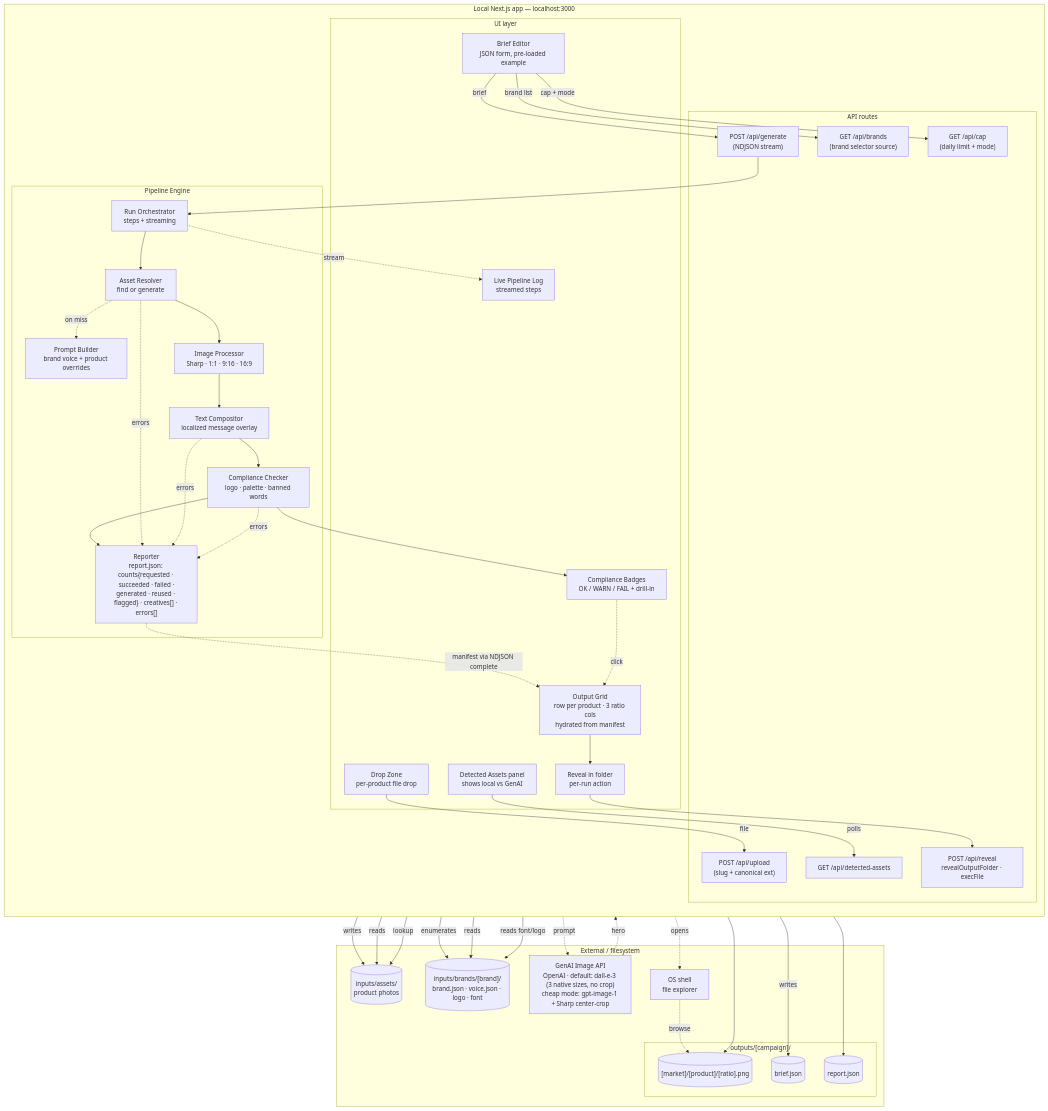
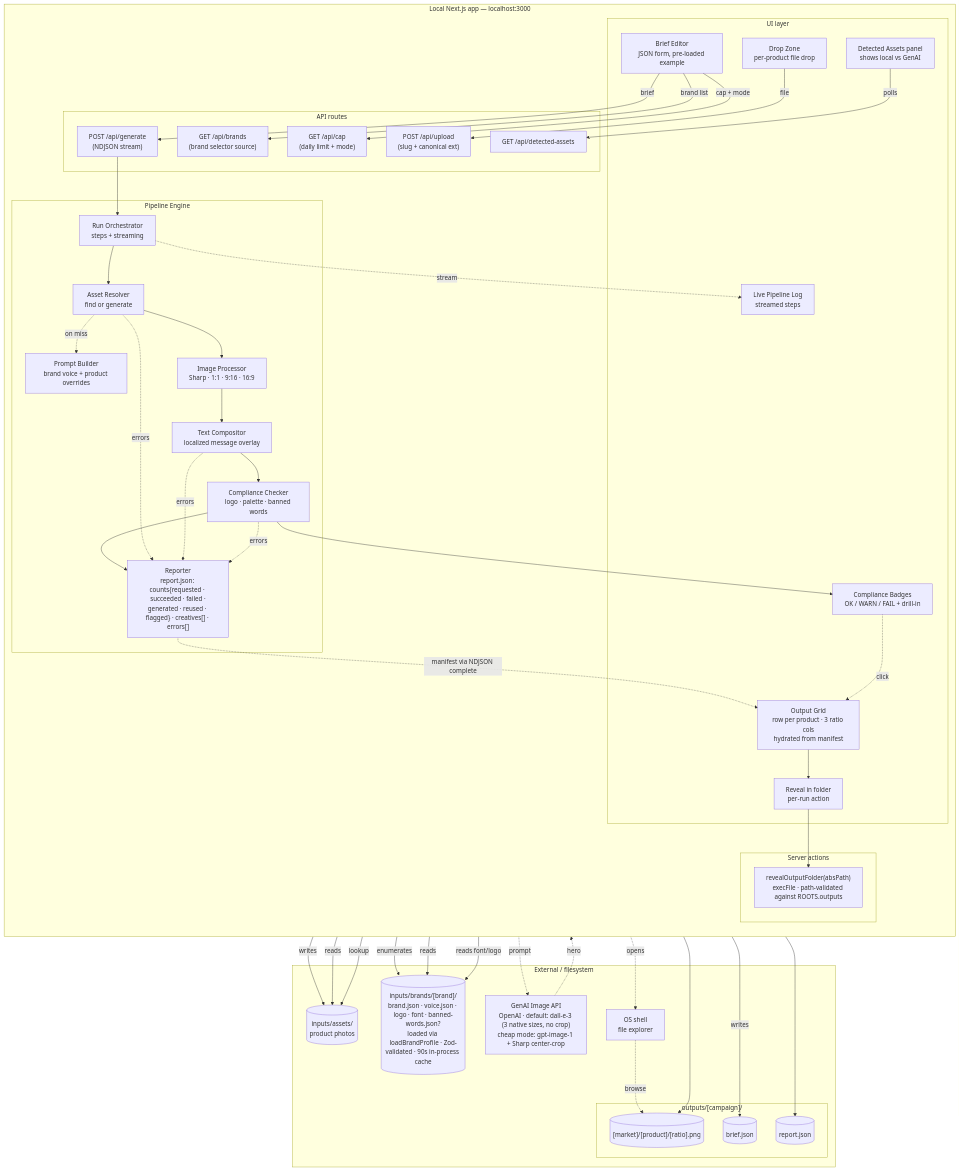
Before and after one commit to arndvs/cast: the third of 5 diagrams in docs/system-map.md, drawn with Mermaid. The commit also changed other lines of this file and 4 other files, not shown here.

````diff
--- a/docs/system-map.md
+++ b/docs/system-map.md
@@ -85,7 +85,7 @@
 graph TB
     subgraph External["External / filesystem"]
         Inputs[("inputs/assets/<br/>product photos")]
-        BrandProfile[("inputs/brands/[brand]/<br/>brand.json · voice.json · logo · font")]
+        BrandProfile[("inputs/brands/[brand]/<br/>brand.json · voice.json · logo · font · banned-words.json?<br/>loaded via loadBrandProfile · Zod-validated · 90s in-process cache")]
         subgraph CampaignOut["outputs/[campaign]/"]
             Outputs[("[market]/[product]/[ratio].png")]
             BriefFile[("brief.json")]
@@ -114,7 +114,10 @@
             GenerateAPI["POST /api/generate<br/>(NDJSON stream)"]
             BrandsAPI["GET /api/brands<br/>(brand selector source)"]
             CapAPI["GET /api/cap<br/>(daily limit + mode)"]
-            RevealAPI["POST /api/reveal<br/>revealOutputFolder · execFile"]
+        end
+
+        subgraph Actions["Server actions"]
+            RevealAction["revealOutputFolder(absPath)<br/>execFile · path-validated against ROOTS.outputs"]
         end
 
         subgraph Engine["Pipeline Engine"]
@@ -159,7 +162,7 @@
     Checker --> BadgeUI
     BadgeUI -.->|click| Grid
     Grid --> RevealBtn
-    RevealBtn --> RevealAPI
-    RevealAPI -.->|opens| OS
+    RevealBtn --> RevealAction
+    RevealAction -.->|opens| OS
     OS -.->|browse| Outputs
 ```
````
